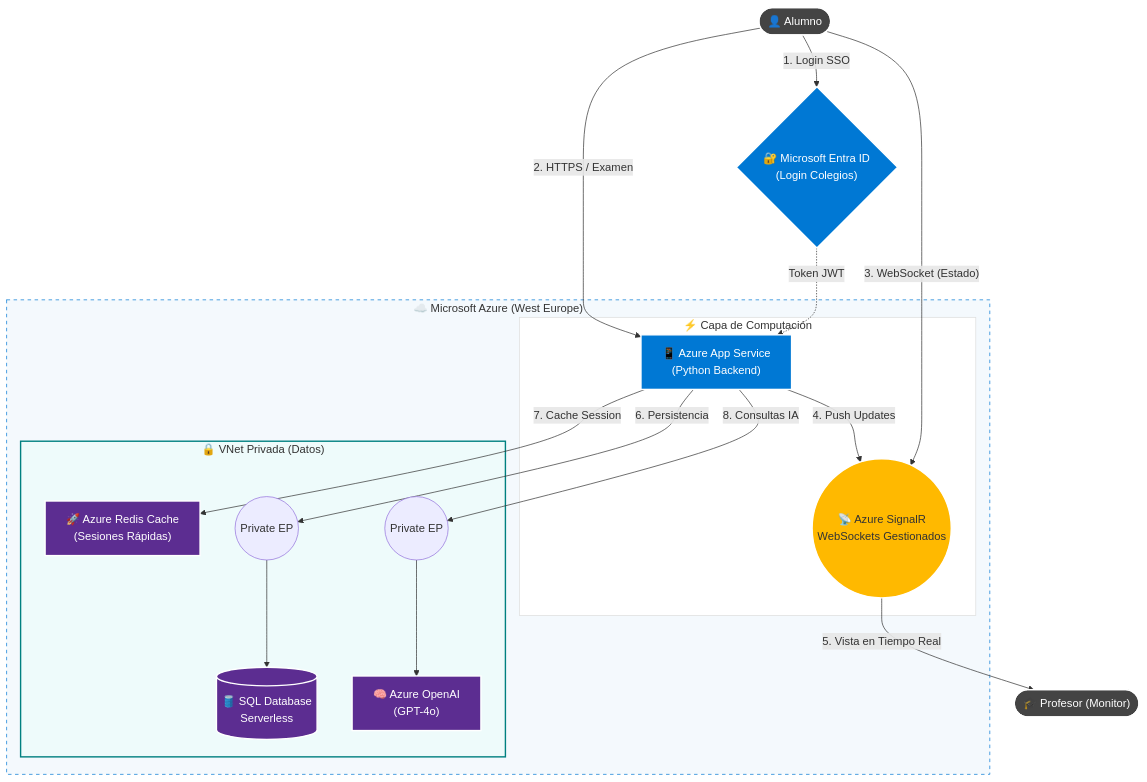
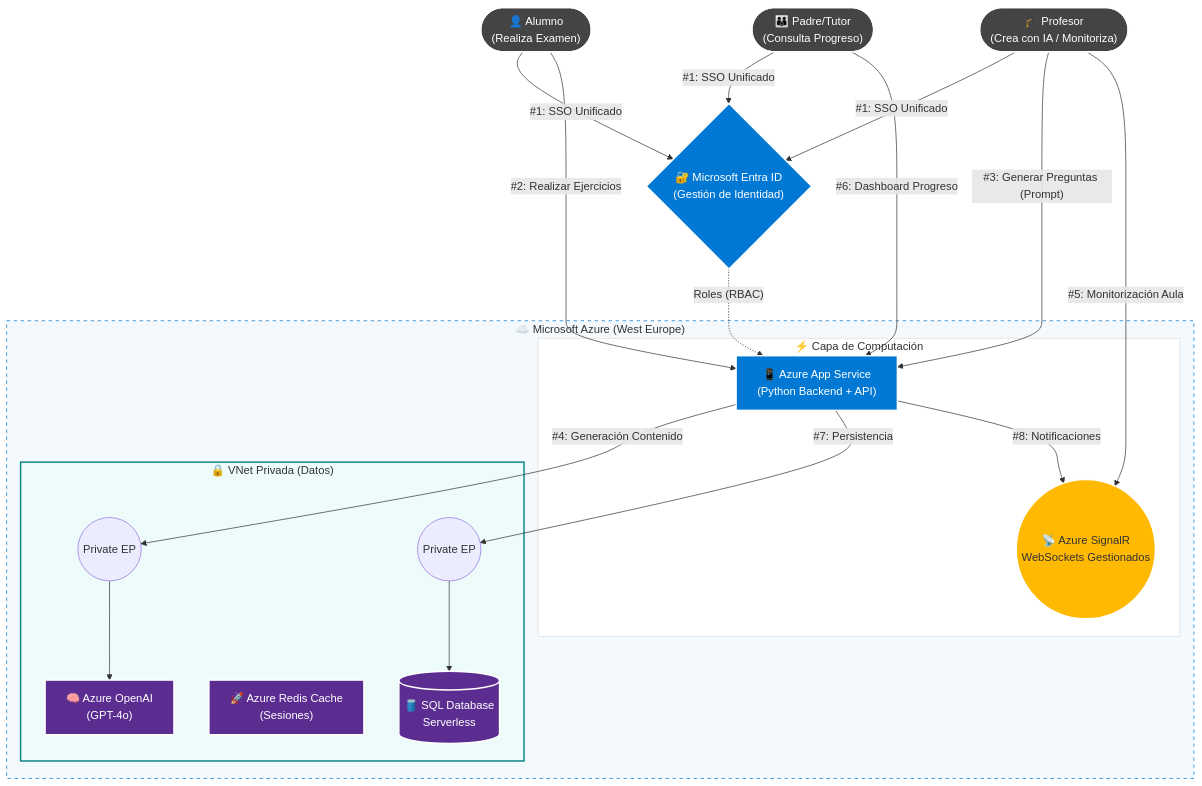
Before and after one commit to GabrielFersPin/Segundo-Cerebro: the diagram in Data Science Studies/Infraestructuras y Servicios en la Nube/Eduinnovatech_Proposal.md, drawn with Mermaid. The commit also changed other lines of this file and 1 other file, not shown here.

Commit message:
docs: Refactor EduInnovatech proposal with detailed objectives, operational duality, and an updated architecture diagram.

````diff
--- a/Data Science Studies/Infraestructuras y Servicios en la Nube/Eduinnovatech_Proposal.md
+++ b/Data Science Studies/Infraestructuras y Servicios en la Nube/Eduinnovatech_Proposal.md
@@ -26,58 +32,65 @@
 ```mermaid
 graph TD
     %% --- Estilos ---
-    classDef azure fill:#0078d4,stroke:#fff,stroke-width:2px,color:#fff;
-    classDef external fill:#444,stroke:#fff,stroke-width:2px,color:#fff;
-    classDef data fill:#5c2d91,stroke:#fff,stroke-width:2px,color:#fff;
-    classDef realtime fill:#ffb900,stroke:#fff,stroke-width:2px,color:#333;
+    classDef azure fill:#0078d4,stroke:#fff,stroke-width:2px,color:#fff
+    classDef external fill:#444,stroke:#fff,stroke-width:2px,color:#fff
+    classDef data fill:#5c2d91,stroke:#fff,stroke-width:2px,color:#fff
+    classDef realtime fill:#ffb900,stroke:#fff,stroke-width:2px,color:#333
 
-    %% --- Actores Externos ---
-    Student(["👤 Alumno"])
-    Teacher(["🎓 Profesor (Monitor)"])
-    EntraID{"🔐 Microsoft Entra ID\n(Login Colegios)"}
+    %% --- Actores Externos (Roles) ---
+    Student(["👤 Alumno\n(Realiza Examen)"])
+    Teacher(["🎓 Profesor\n(Crea con IA / Monitoriza)"])
+    Parent(["👪 Padre/Tutor\n(Consulta Progreso)"])
+    
+    EntraID{"🔐 Microsoft Entra ID\n(Gestión de Identidad)"}
 
     %% --- Azure Cloud Scope ---
     subgraph AzureRegion ["☁️ Microsoft Azure (West Europe)"]
         style AzureRegion fill:#f4f9fd,stroke:#0078d4,stroke-dasharray: 5 5
 
         %% Capa Web y API
         subgraph ComputeLayer ["⚡ Capa de Computación"]
             style ComputeLayer fill:#fff,stroke:#ddd
-            AppService["📱 Azure App Service\n(Python Backend)"]
+            AppService["📱 Azure App Service\n(Python Backend + API)"]
             SignalR(("📡 Azure SignalR\nWebSockets Gestionados"))
         end
 
         %% Capa Privada de Datos (VNet)
         subgraph DataLayer ["🔒 VNet Privada (Datos)"]
             style DataLayer fill:#eefbfb,stroke:#008080,stroke-width:2px
             
             SQL[("🛢️ SQL Database\nServerless")]
-            Redis["🚀 Azure Redis Cache\n(Sesiones Rápidas)"]
+            Redis["🚀 Azure Redis Cache\n(Sesiones)"]
             OpenAI["🧠 Azure OpenAI\n(GPT-4o)"]
             
             %% Private Endpoints
-            PE_SQL((Private EP))
-            PE_AI((Private EP))
+            PE_SQL(("Private EP"))
+            PE_AI(("Private EP"))
         end
     end
 
-    %% --- Flujos ---
-    Student -- "1. Login SSO" --> EntraID
-    EntraID -. "Token JWT" .-> AppService
+    %% --- Flujos de Acceso ---
+    Student & Teacher & Parent -- "#1: SSO Unificado" --> EntraID
+    EntraID -. "Roles (RBAC)" .-> AppService
     
-    Student -- "2. HTTPS / Examen" --> AppService
-    Student -- "3. WebSocket (Estado)" --> SignalR
+    %% --- Flujo Alumno ---
+    Student -- "#2: Realizar Ejercicios" --> AppService
     
-    AppService -- "4. Push Updates" --> SignalR
-    SignalR -- "5. Vista en Tiempo Real" --> Teacher
+    %% --- Flujo Profesor (IA + Realtime) ---
+    Teacher -- "#3: Generar Preguntas (Prompt)" --> AppService
+    AppService -- "#4: Generación Contenido" --> PE_AI --> OpenAI
+    Teacher -- "#5: Monitorización Aula" --> SignalR
     
-    AppService -- "6. Persistencia" --> PE_SQL --> SQL
-    AppService -- "7. Cache Session" --> Redis
-    AppService -- "8. Consultas IA" --> PE_AI --> OpenAI
+    %% --- Flujo Padre ---
+    Parent -- "#6: Dashboard Progreso" --> AppService
+    
+    %% --- Backend ---
+    AppService -- "#7: Persistencia" --> PE_SQL --> SQL
+    AppService -- "#8: Notificaciones" --> SignalR
 
     %% --- Asignación de Clases ---
-    class Student,Teacher external;
+    class Student,Teacher,Parent external;
     class EntraID,AppService azure;
     class SignalR realtime;
     class SQL,Redis,OpenAI data;
 ```
````
